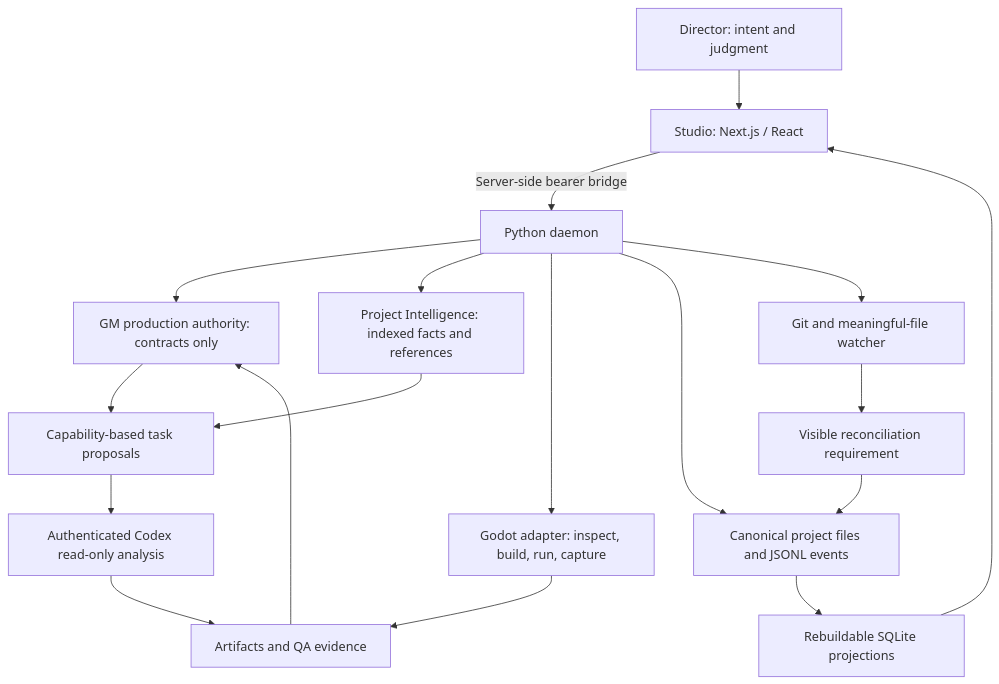
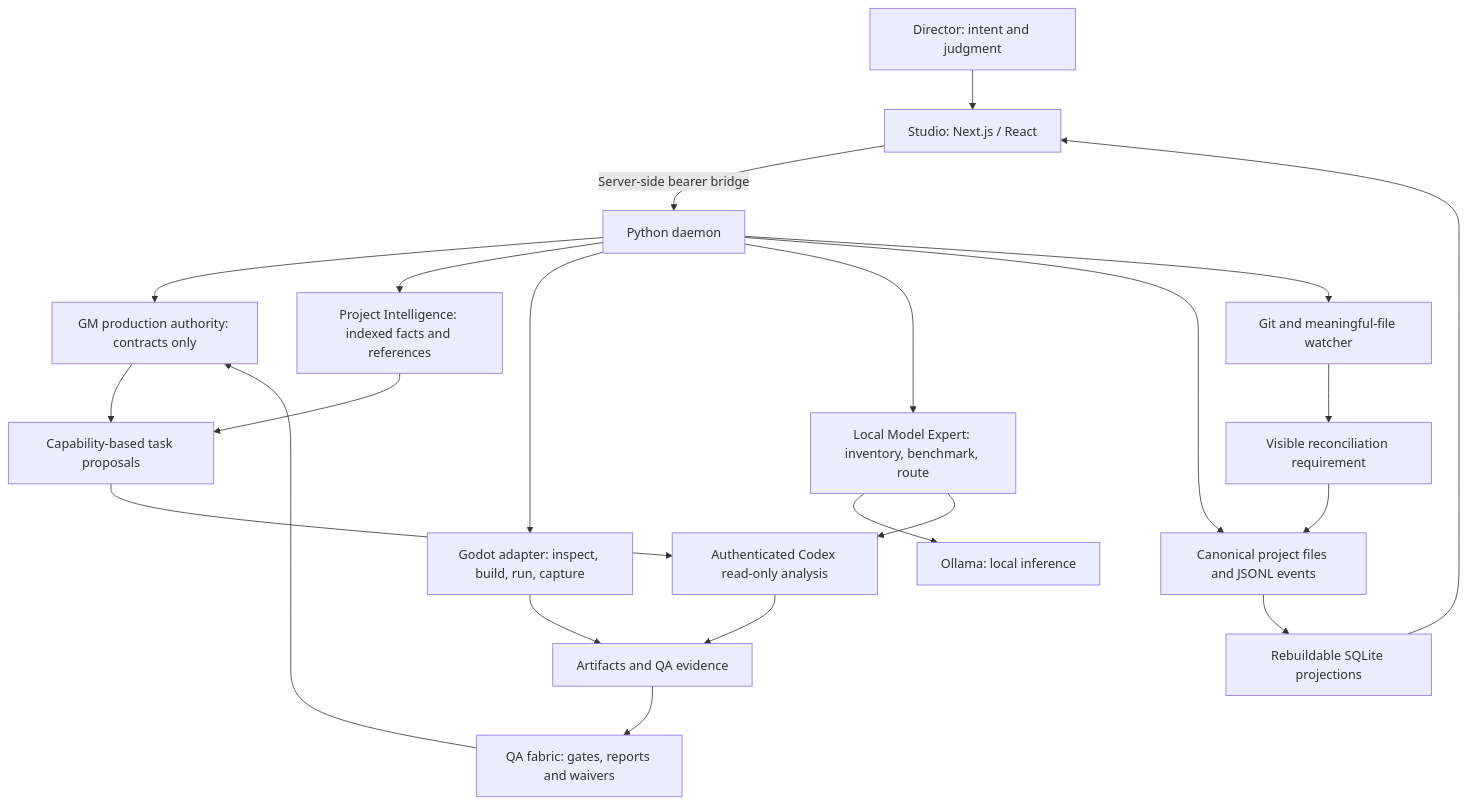
One commit to orenshved/GAN changed the diagram in README.md. Above: the diagram before and after it, drawn with Mermaid. The commit also changed other lines of this file and 46 other files, not shown here.

````diff
--- a/README.md
+++ b/README.md
@@ -20,20 +32,24 @@
 ```mermaid
 flowchart TD
   Human[Director: intent and judgment] --> Studio[Studio: Next.js / React]
   Studio -->|Server-side bearer bridge| Daemon[Python daemon]
   Daemon --> GM[GM production authority: contracts only]
   Daemon --> Intelligence[Project Intelligence: indexed facts and references]
   Daemon --> Godot[Godot adapter: inspect, build, run, capture]
+  Daemon --> Router[Local Model Expert: inventory, benchmark, route]
+  Router --> Ollama[Ollama: local inference]
+  Router --> Workers
   GM --> Tasks[Capability-based task proposals]
   Intelligence --> Tasks
   Tasks --> Workers[Authenticated Codex read-only analysis]
   Workers --> Evidence[Artifacts and QA evidence]
   Godot --> Evidence
-  Evidence --> GM
+  Evidence --> QA[QA fabric: gates, reports and waivers]
+  QA --> GM
   Daemon --> History[Canonical project files and JSONL events]
   Daemon --> Watcher[Git and meaningful-file watcher]
   Watcher --> Reconcile[Visible reconciliation requirement]
   Reconcile --> History
   History --> SQLite[Rebuildable SQLite projections]
   SQLite --> Studio
 ```
````
